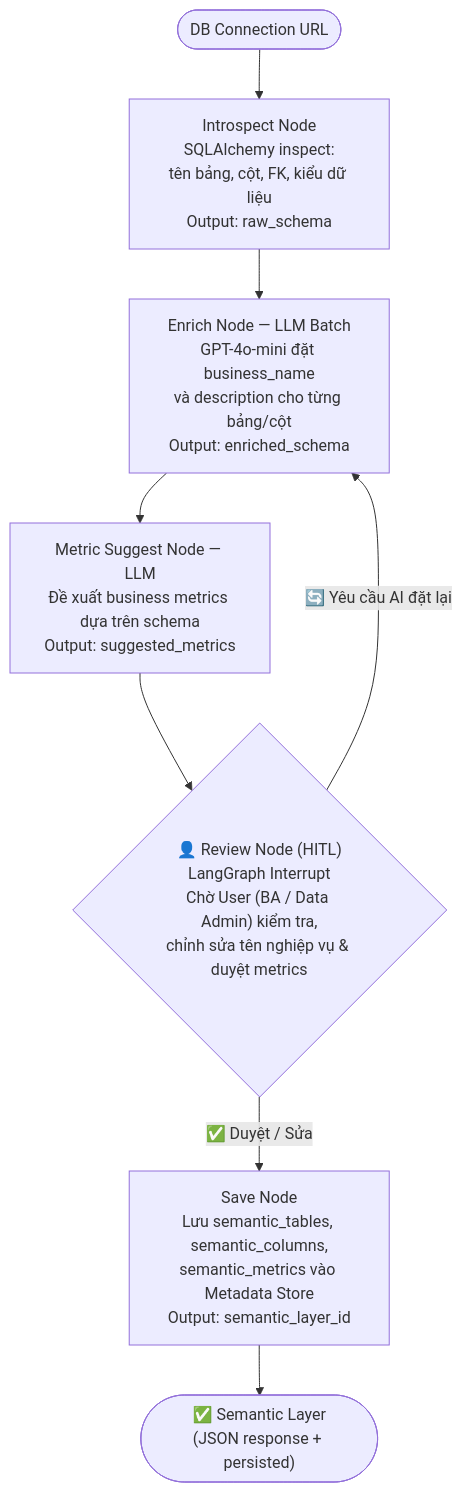
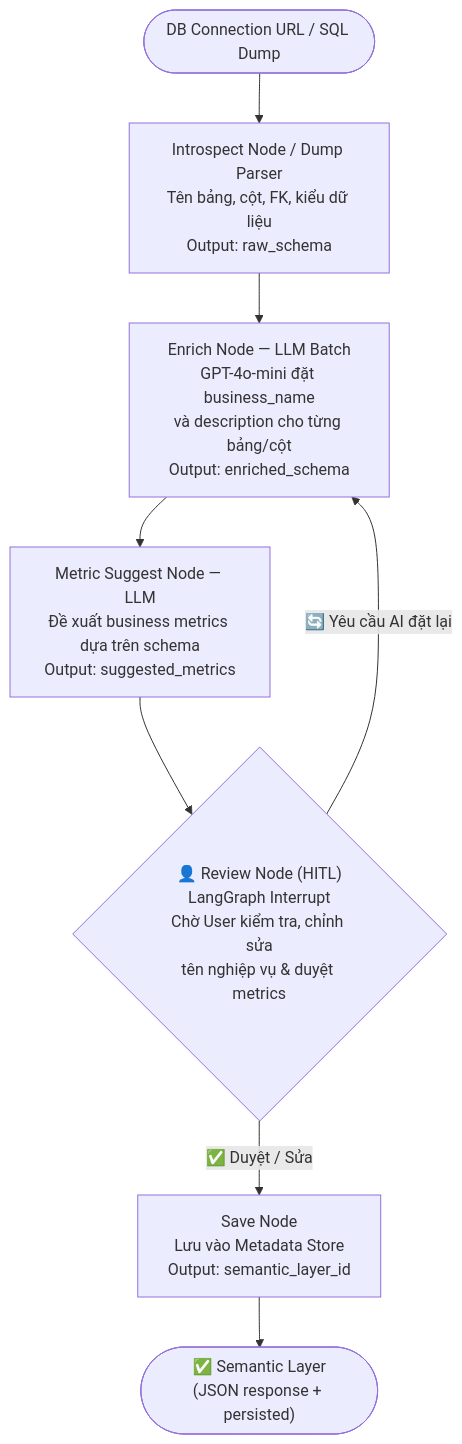
One commit to QuanAnh280605/P-069 changed the second of 3 diagrams in ARCHITECTURE.md. Above: the diagram before and after it, drawn with Mermaid. The commit also changed other lines of this file and 9 other files, not shown here.

Commit message:
feat: implement semantic query engine and add architectural documentation for dual-pipeline flow

````diff
--- a/ARCHITECTURE.md
+++ b/ARCHITECTURE.md
@@ -52,20 +60,20 @@
 ```mermaid
 flowchart TD
-    START(["DB Connection URL"]) --> IN
+    START(["DB Connection URL / SQL Dump"]) --> IN
 
-    IN["Introspect Node\nSQLAlchemy inspect:\ntên bảng, cột, FK, kiểu dữ liệu\nOutput: raw_schema"]
+    IN["Introspect Node / Dump Parser\nTên bảng, cột, FK, kiểu dữ liệu\nOutput: raw_schema"]
     IN --> EN
 
     EN["Enrich Node — LLM Batch\nGPT-4o-mini đặt business_name\nvà description cho từng bảng/cột\nOutput: enriched_schema"]
     EN --> MS
 
     MS["Metric Suggest Node — LLM\nĐề xuất business metrics dựa trên schema\nOutput: suggested_metrics"]
     MS --> HITL
 
-    HITL{"👤 Review Node (HITL)\nLangGraph Interrupt\nChờ User (BA / Data Admin) kiểm tra,\nchỉnh sửa tên nghiệp vụ & duyệt metrics"}
+    HITL{"👤 Review Node (HITL)\nLangGraph Interrupt\nChờ User kiểm tra, chỉnh sửa\ntên nghiệp vụ & duyệt metrics"}
 
-    HITL -->|"✅ Duyệt / Sửa"| SV["Save Node\nLưu semantic_tables, semantic_columns,\nsemantic_metrics vào Metadata Store\nOutput: semantic_layer_id"]
+    HITL -->|"✅ Duyệt / Sửa"| SV["Save Node\nLưu vào Metadata Store\nOutput: semantic_layer_id"]
     HITL -->|"🔄 Yêu cầu AI đặt lại"| EN
 
     SV --> END(["✅ Semantic Layer\n(JSON response + persisted)"])
 ```
````
